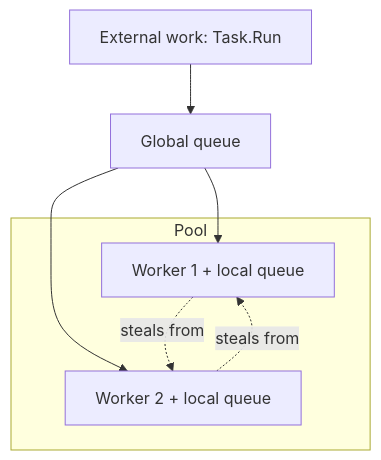
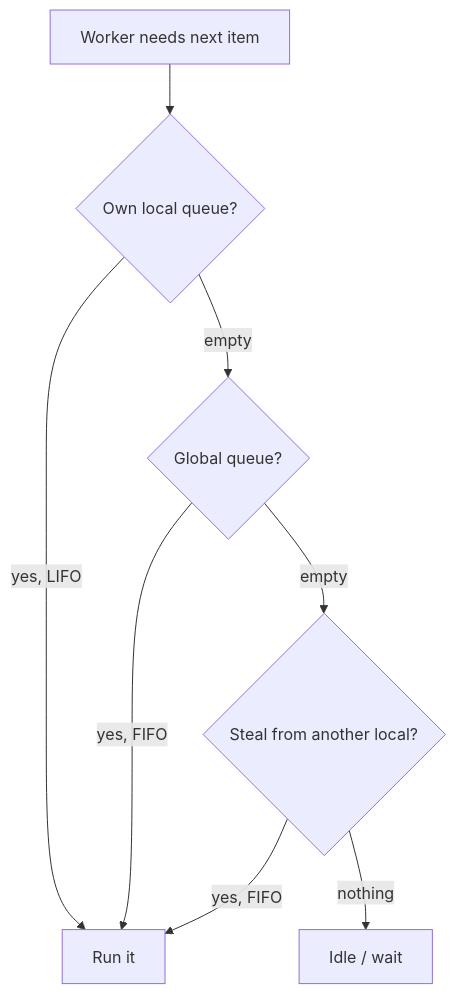
One commit to M1re/EngineeringVault changed the diagram in Vault/Programming/Concurrency/Threads and the Thread Pool.md. Above: the diagram before and after it, drawn with Mermaid. The commit also changed other lines of this file and 1 other file, not shown here.

First line of the commit message:
Deepen Threads and the Thread Pool via research-first rewrite

````diff
--- a/Vault/Programming/Concurrency/Threads and the Thread Pool.md
+++ b/Vault/Programming/Concurrency/Threads and the Thread Pool.md
@@ -65,12 +101,10 @@
 ```mermaid
 flowchart TD
-    Ext[External work: Task.Run] --> GQ[Global queue]
-    subgraph Pool
-      W1[Worker 1 + local queue]
-      W2[Worker 2 + local queue]
-    end
-    GQ --> W1
-    GQ --> W2
-    W1 -. steals from .-> W2
-    W2 -. steals from .-> W1
+    W[Worker needs next item] --> L{Own local queue?}
+    L -- yes, LIFO --> R[Run it]
+    L -- empty --> G{Global queue?}
+    G -- yes, FIFO --> R
+    G -- empty --> S{Steal from another local?}
+    S -- yes, FIFO --> R
+    S -- nothing --> I[Idle / wait]
 ```
````
